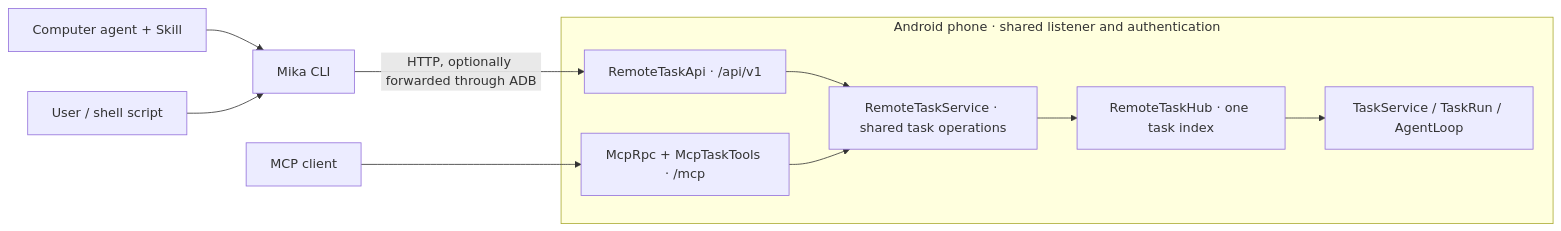
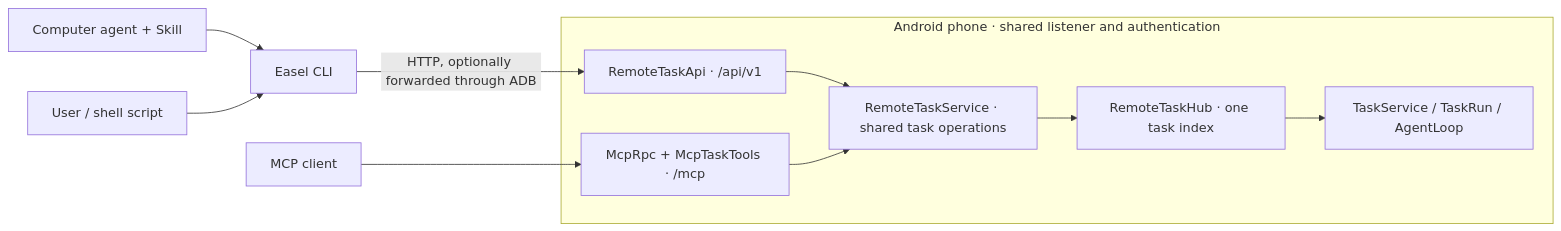
The diagram in docs/cli.en.md (echo-ht/Easel), drawn with Mermaid before and after one commit. The commit also changed other lines of this file and 3139 other files, not shown here.

````diff
--- a/docs/cli.en.md
+++ b/docs/cli.en.md
@@ -9,17 +9,17 @@
 ```mermaid
 flowchart LR
-    Skill["Computer agent + Skill"] --> CLI["Mika CLI"]
+    Skill["Computer agent + Skill"] --> CLI["Easel CLI"]
     Shell["User / shell script"] --> CLI
     Client["MCP client"] --> MCP
     subgraph Phone["Android phone · shared listener and authentication"]
         API["RemoteTaskApi · /api/v1"]
         MCP["McpRpc + McpTaskTools · /mcp"]
         Shared["RemoteTaskService · shared task operations"]
         Hub["RemoteTaskHub · one task index"]
         Engine["TaskService / TaskRun / AgentLoop"]
         API --> Shared
         MCP --> Shared
         Shared --> Hub --> Engine
     end
     CLI -->|"HTTP, optionally forwarded through ADB"| API
 ```
````
